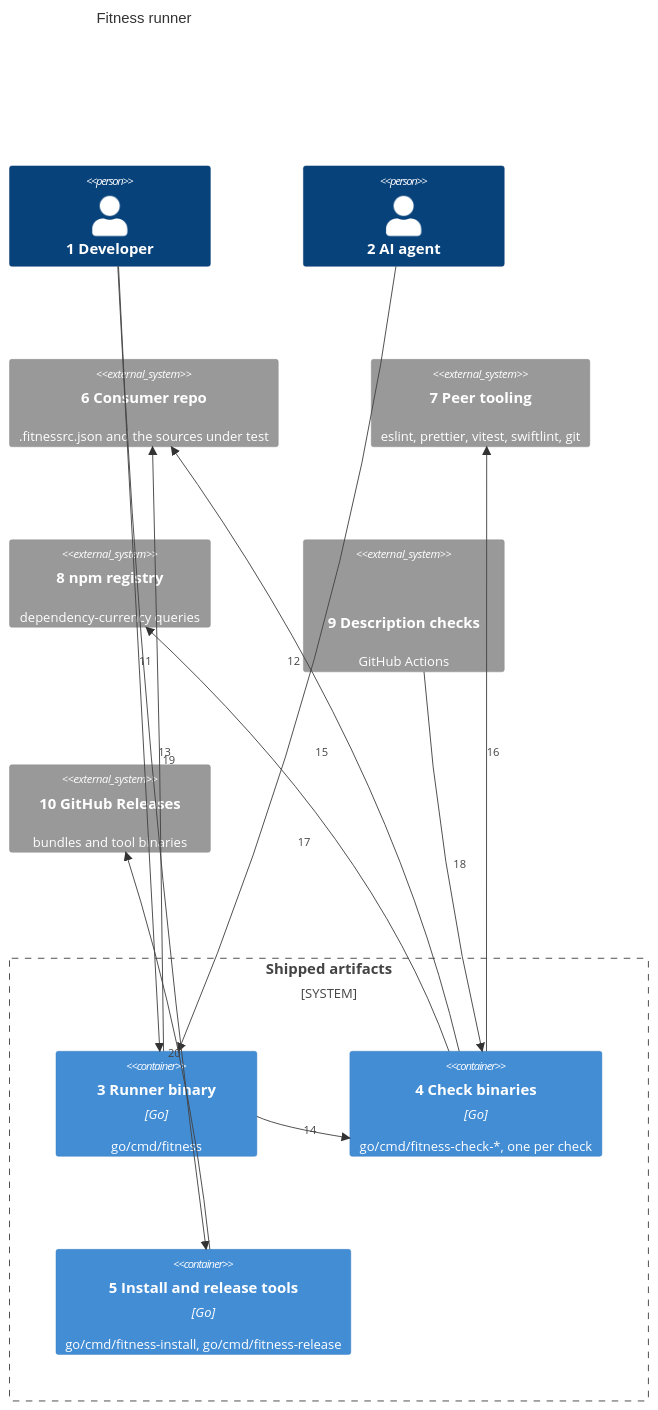
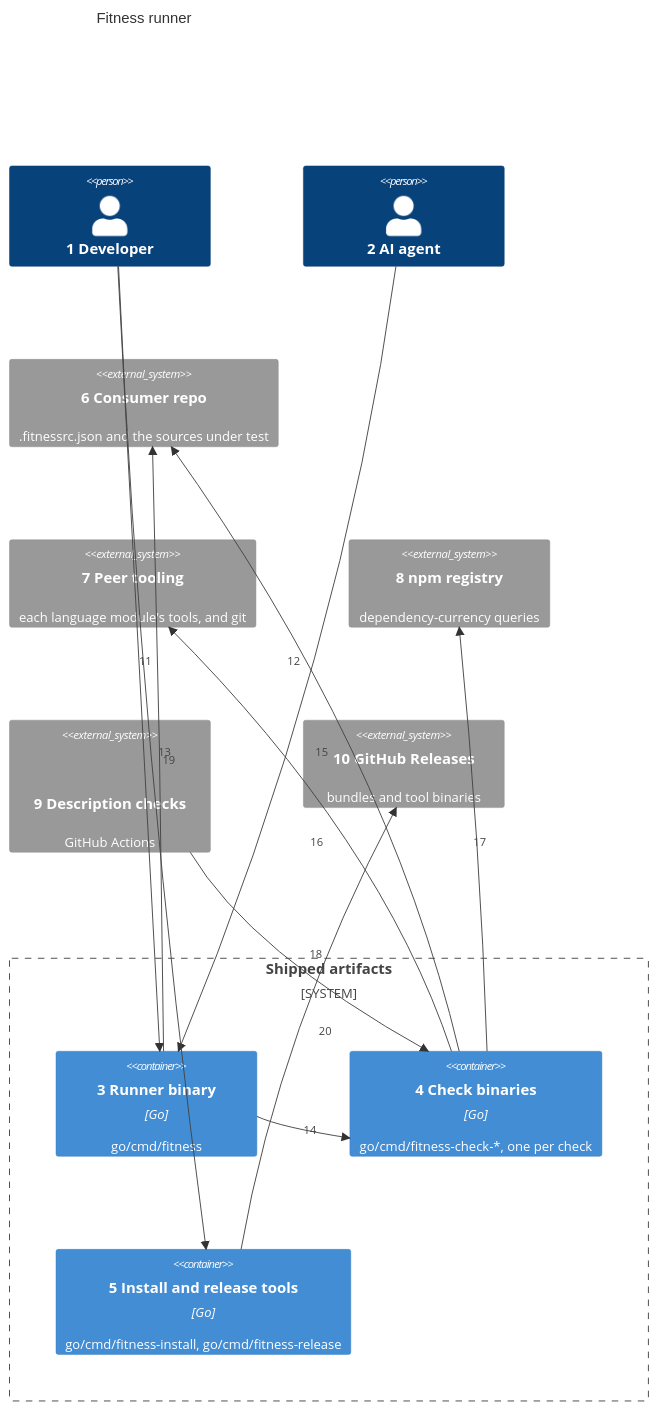
One commit to may-journal/fitness-runner changed the first of 2 diagrams in docs/architecture/02-containers.md. Above: the diagram before and after it, drawn with Mermaid. The commit also changed other lines of this file and 66 other files, not shown here.

First line of the commit message:
refactor(swift): move the Swift code into its language module

````diff
--- a/docs/architecture/02-containers.md
+++ b/docs/architecture/02-containers.md
@@ -8,30 +8,30 @@
 ```mermaid
 C4Container
     title Fitness runner
 
     Person(developer, "1 Developer")
     Person(agent, "2 AI agent")
 
     System_Boundary(ship, "Shipped artifacts") {
         Container(cli, "3 Runner binary", "Go", "go/cmd/fitness")
         Container(checks, "4 Check binaries", "Go", "go/cmd/fitness-check-*, one per check")
         Container(tools, "5 Install and release tools", "Go", "go/cmd/fitness-install, go/cmd/fitness-release")
     }
 
     System_Ext(consumer, "6 Consumer repo", ".fitnessrc.json and the sources under test")
-    System_Ext(peers, "7 Peer tooling", "eslint, prettier, vitest, swiftlint, git")
+    System_Ext(peers, "7 Peer tooling", "each language module's tools, and git")
     System_Ext(registry, "8 npm registry", "dependency-currency queries")
     System_Ext(ci, "9 Description checks", "GitHub Actions", "plan-check and pr-check")
     System_Ext(releases, "10 GitHub Releases", "bundles and tool binaries")
 
     Rel(developer, cli, "11")
     Rel(agent, cli, "12")
     Rel(cli, consumer, "13")
     Rel(cli, checks, "14")
     Rel(checks, consumer, "15")
     Rel(checks, peers, "16")
     Rel(checks, registry, "17")
     Rel(ci, checks, "18")
     Rel(developer, tools, "19")
     Rel(tools, releases, "20")
 ```
````
